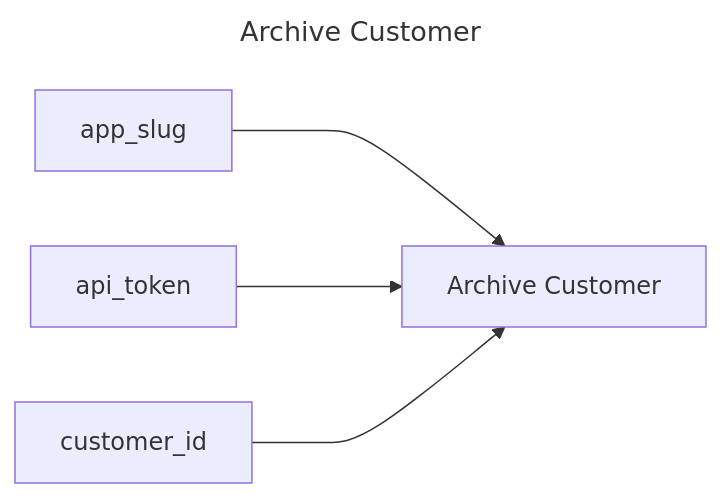
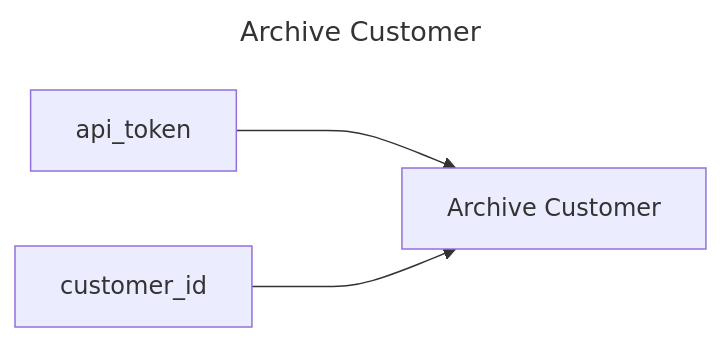
The diagram in archive-customer/README.md (replicatedhq/replicated-actions), drawn with Mermaid before and after one commit. The commit also changed other lines of this file and 19 other files, not shown here.

````diff
--- a/archive-customer/README.md
+++ b/archive-customer/README.md
@@ -3,10 +3,9 @@
 ```mermaid
 ---
 title: Archive Customer
 ---
 graph LR
 archive_customer["Archive Customer"]
-app_slug ---> archive_customer
 api_token ---> archive_customer
 customer_id ---> archive_customer
 ```
````
